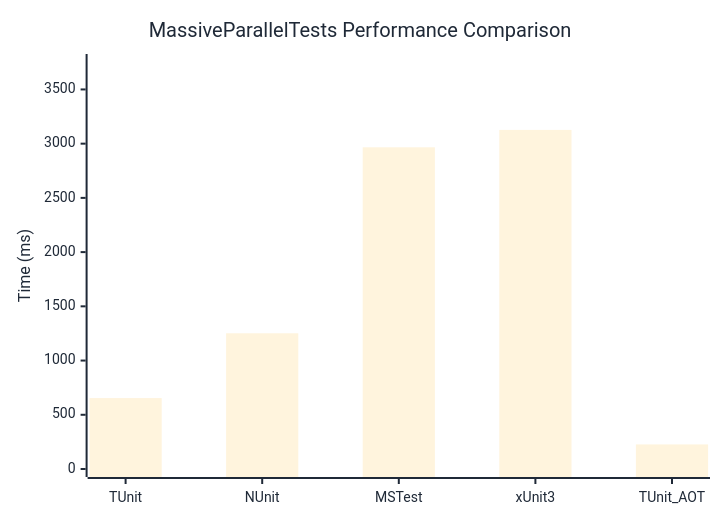
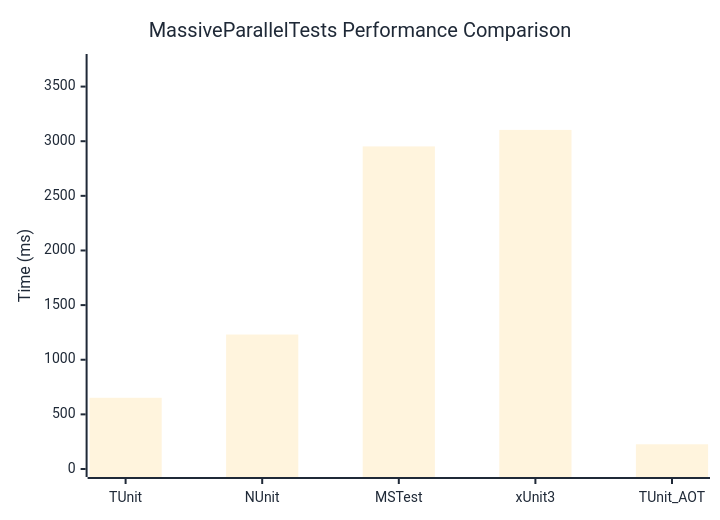
Before and after one commit to weiyilai/TUnit: the diagram in docs/docs/benchmarks/MassiveParallelTests.md, drawn with Mermaid. The commit also changed other lines of this file and 17 other files, not shown here.

````diff
--- a/docs/docs/benchmarks/MassiveParallelTests.md
+++ b/docs/docs/benchmarks/MassiveParallelTests.md
@@ -27,37 +27,37 @@
 ```mermaid
 %%{init: {
   'theme':'base',
   'themeVariables': {
     'primaryColor': '#2563eb',
     'primaryTextColor': '#1f2937',
     'primaryBorderColor': '#1e40af',
     'lineColor': '#6b7280',
     'secondaryColor': '#7c3aed',
     'tertiaryColor': '#dc2626',
     'background': '#ffffff',
     'mainBkg': '#2563eb',
     'secondBkg': '#7c3aed',
     'tertiaryBkg': '#dc2626',
     'clusterBkg': '#f3f4f6',
     'edgeLabelBackground': '#ffffff',
     'tertiaryTextColor': '#1f2937',
     'pie1': '#2563eb',
     'pie2': '#7c3aed',
     'pie3': '#dc2626',
     'pie4': '#f59e0b',
     'pie5': '#10b981',
     'pie6': '#06b6d4',
     'pie7': '#ec4899',
     'pie8': '#6366f1',
     'pie9': '#84cc16',
     'pie10': '#f97316',
     'pie11': '#14b8a6',
     'pie12': '#a855f7'
   }
 }}%%
 xychart-beta
   title "MassiveParallelTests Performance Comparison"
   x-axis ["TUnit", "NUnit", "MSTest", "xUnit3", "TUnit_AOT"]
-  y-axis "Time (ms)" 0 --> 3753
-  bar [653.9, 1251.6, 2966.3, 3126.9, 226.6]
+  y-axis "Time (ms)" 0 --> 3725
+  bar [651.8, 1230.8, 2952.4, 3103.5, 226.4]
 ```
````
